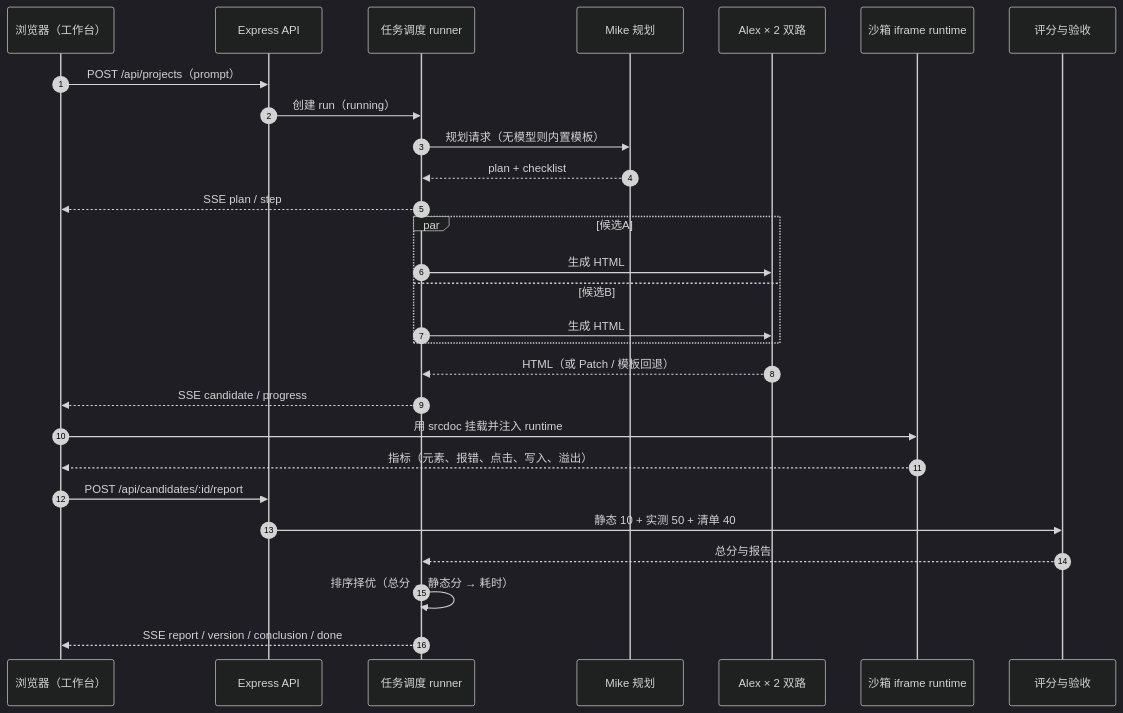
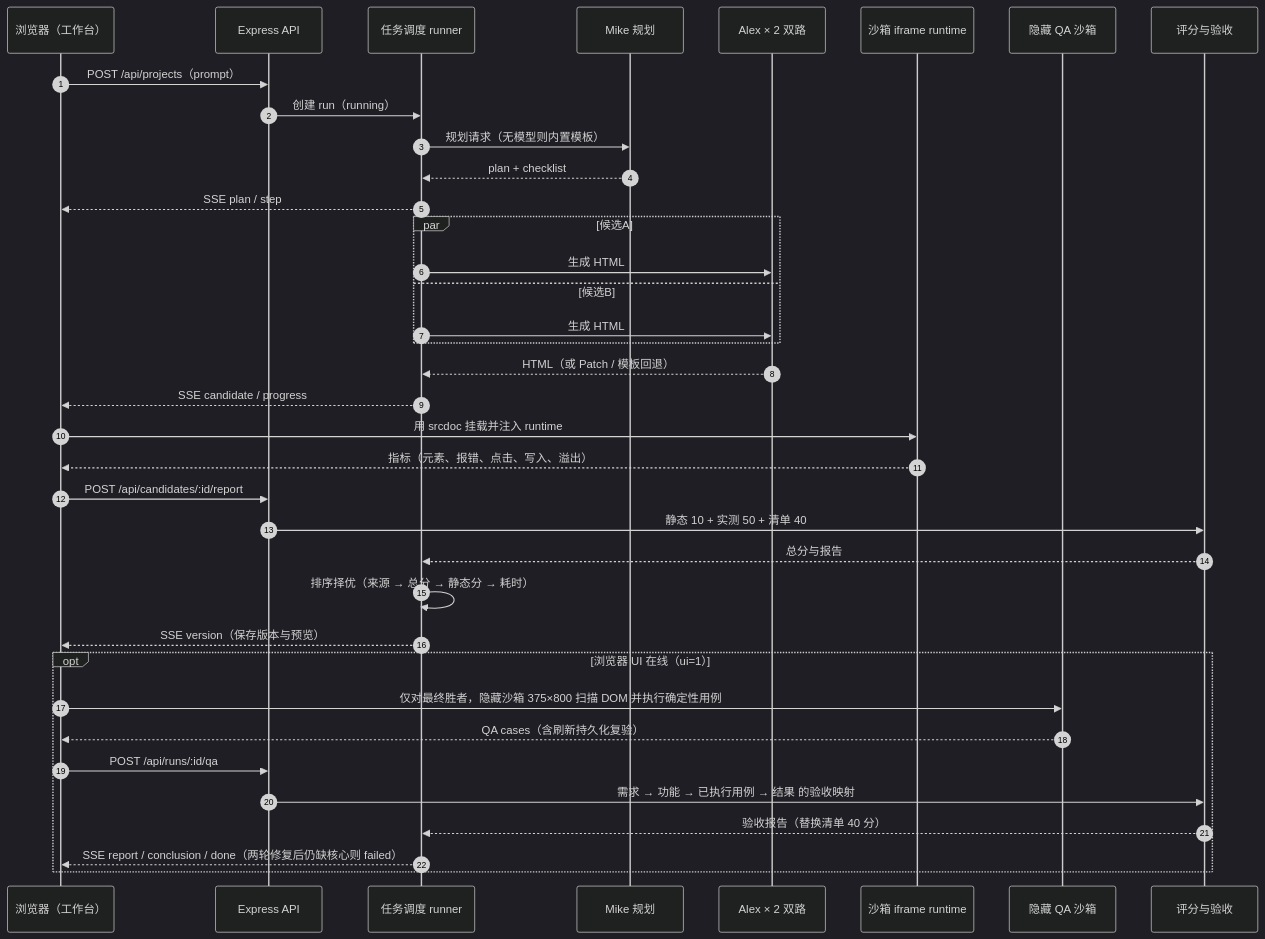
The first of 3 diagrams in docs/说明文档.md (guojia3/atoms-demo), drawn with Mermaid (dark theme) before and after one commit. The commit also changed other lines of this file and 2 other files, not shown here.

````diff
--- a/docs/说明文档.md
+++ b/docs/说明文档.md
@@ -78,31 +78,40 @@
 ```mermaid
 sequenceDiagram
   autonumber
   participant U as 浏览器（工作台）
   participant API as Express API
   participant R as 任务调度 runner
   participant P as Mike 规划
   participant E as Alex × 2 双路
   participant S as 沙箱 iframe runtime
+  participant Q as 隐藏 QA 沙箱
   participant V as 评分与验收
 
   U->>API: POST /api/projects（prompt）
   API->>R: 创建 run（running）
   R->>P: 规划请求（无模型则内置模板）
   P-->>R: plan + checklist
   R-->>U: SSE plan / step
   par 候选A
     R->>E: 生成 HTML
   and 候选B
     R->>E: 生成 HTML
   end
   E-->>R: HTML（或 Patch / 模板回退）
   R-->>U: SSE candidate / progress
   U->>S: 用 srcdoc 挂载并注入 runtime
   S-->>U: 指标（元素、报错、点击、写入、溢出）
   U->>API: POST /api/candidates/:id/report
   API->>V: 静态 10 + 实测 50 + 清单 40
   V-->>R: 总分与报告
-  R->>R: 排序择优（总分 → 静态分 → 耗时）
-  R-->>U: SSE report / version / conclusion / done
+  R->>R: 排序择优（来源 → 总分 → 静态分 → 耗时）
+  R-->>U: SSE version（保存版本与预览）
+  opt 浏览器 UI 在线（ui=1）
+    U->>Q: 仅对最终胜者，隐藏沙箱 375×800 扫描 DOM 并执行确定性用例
+    Q-->>U: QA cases（含刷新持久化复验）
+    U->>API: POST /api/runs/:id/qa
+    API->>V: 需求 → 功能 → 已执行用例 → 结果 的验收映射
+    V-->>R: 验收报告（替换清单 40 分）
+    R-->>U: SSE report / conclusion / done（两轮修复后仍缺核心则 failed）
+  end
 ```
````
